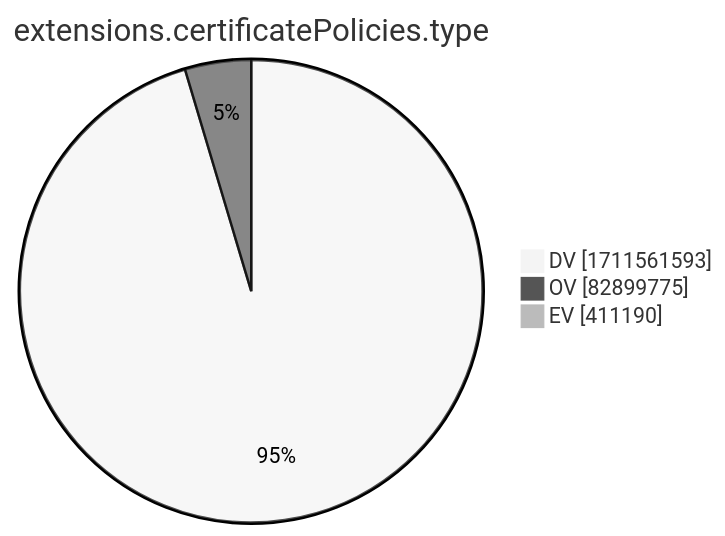
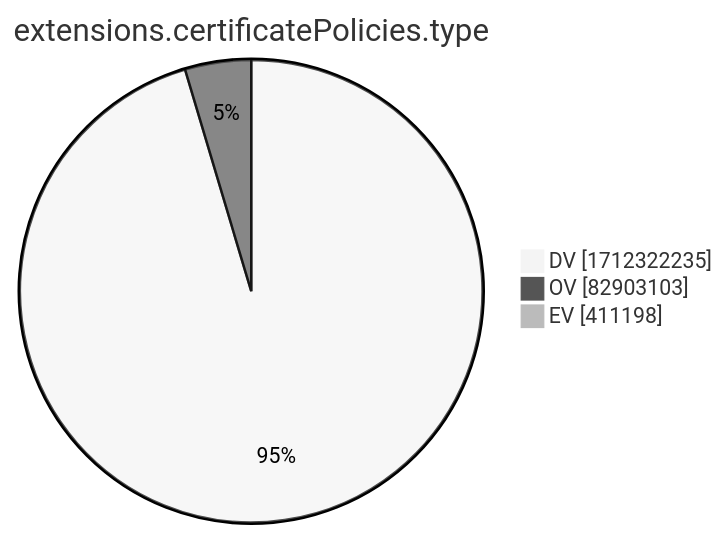
Before and after one commit to christiankrug/ctmonitor_visualization: the tenth of 15 diagrams in xenon2022/README.md, drawn with Mermaid (neutral theme). The commit also changed other lines of this file, not shown here.

````diff
--- a/xenon2022/README.md
+++ b/xenon2022/README.md
@@ -2881,7 +2881,7 @@
 ```mermaid
 pie showData
 title extensions.certificatePolicies.type
-"DV" :1711561593
-"OV" :82899775
-"EV" :411190
+"DV" :1712322235
+"OV" :82903103
+"EV" :411198
 ```
````
